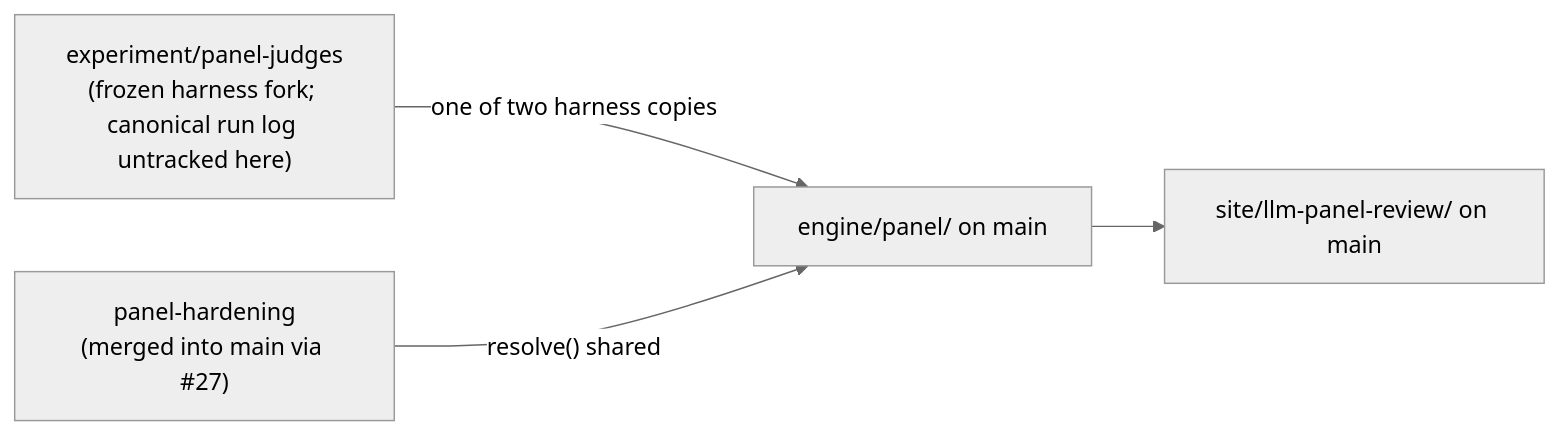
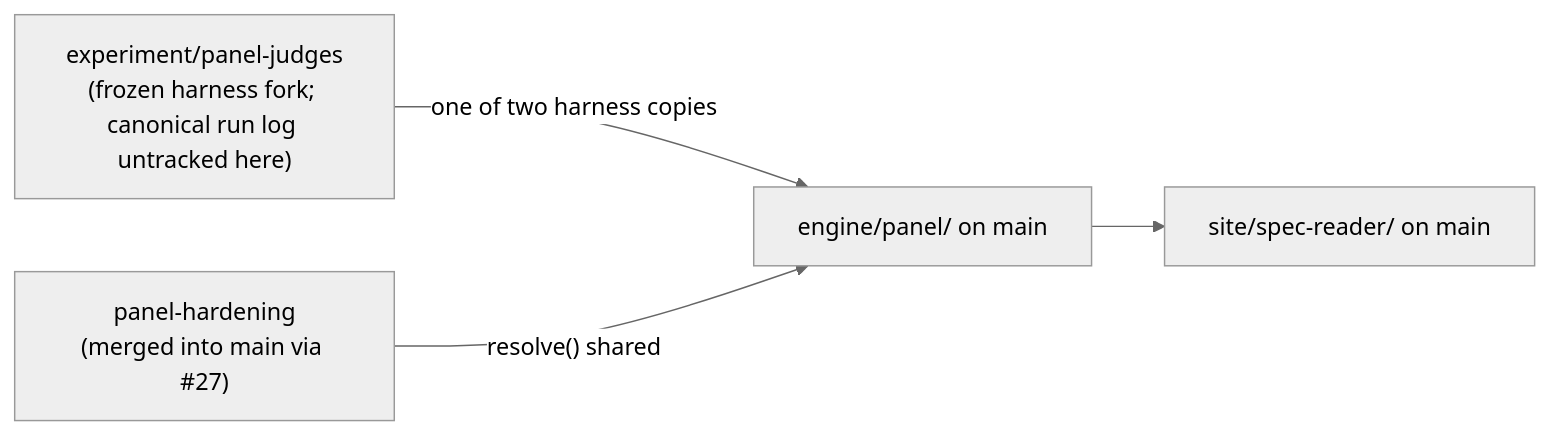
One commit to AndresCotton/ai-character-index changed the diagram in experiments-branches.md. Above: the diagram before and after it, drawn with Mermaid (neutral theme). The commit also changed 19 other files, not shown here.

````diff
--- a/experiments-branches.md
+++ b/experiments-branches.md
@@ -26,6 +26,6 @@
 ```mermaid
 graph LR
   exp["experiment/panel-judges<br/>(frozen harness fork; canonical run log untracked here)"] -->|"one of two harness copies"| engp["engine/panel/ on main"]
   hard["panel-hardening<br/>(merged into main via #27)"] -->|"resolve() shared"| engp
-  engp --> site["site/llm-panel-review/ on main"]
+  engp --> site["site/spec-reader/ on main"]
 ```
````
